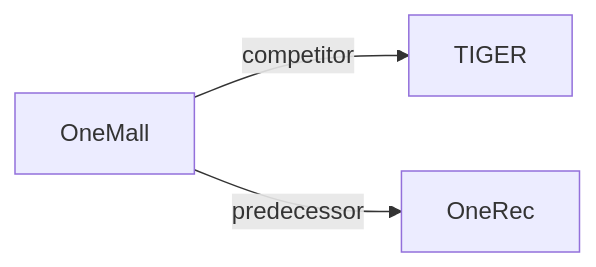
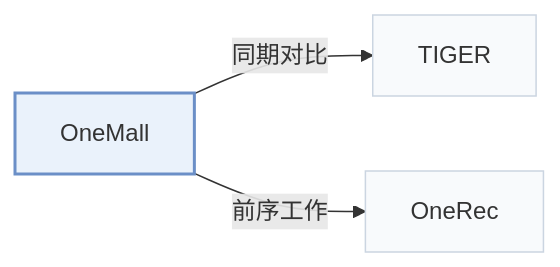
One commit to Galaxy-ghost/Awesome-SID-Generative-Rec changed the second of 2 diagrams in pages/zh/papers/onemall.md. Above: the diagram before and after it, drawn with Mermaid. The commit also changed other lines of this file and 649 other files, not shown here.

Commit message:
writer-05: also tags and modality index (schema, check, build, visuals); summary field removed; calibration data for 12 papers

````diff
--- a/pages/zh/papers/onemall.md
+++ b/pages/zh/papers/onemall.md
@@ -66,6 +72,10 @@
 ```mermaid
 flowchart LR
     P["OneMall"]
-    P -->|competitor| A["TIGER"]
-    P -->|predecessor| B["OneRec"]
+    P -->|"同期对比"| A["TIGER"]
+    P -->|"前序工作"| B["OneRec"]
+    classDef main fill:#eaf2fb,stroke:#6b8fc7,stroke-width:2px
+    classDef peer fill:#f8fafc,stroke:#cbd5e1
+    class P main
+    class A,B peer
 ```
````
